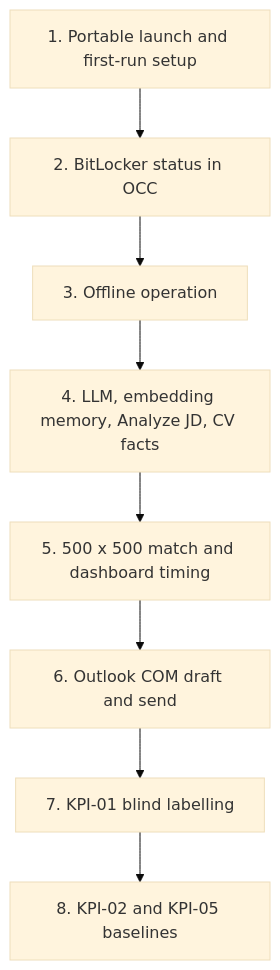
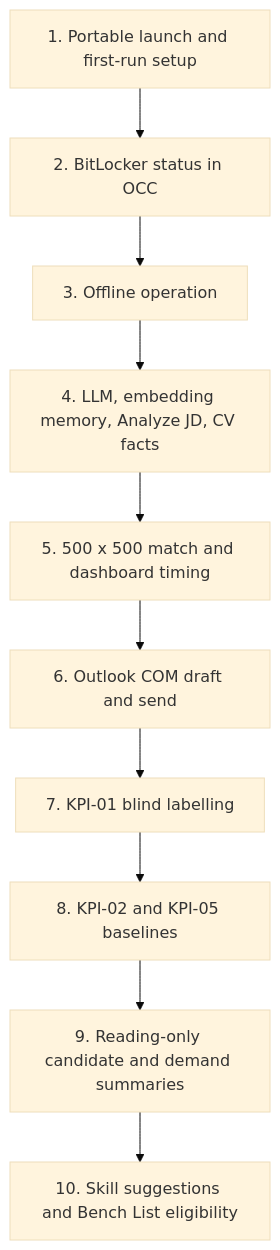
Before and after one commit to Cognition-Partner-Workshops/PerfectFitCandidate: the diagram in PFC/docs/UAT_RUNBOOK.md, drawn with Mermaid (base theme). The commit also changed other lines of this file and 48 other files, not shown here.

Commit message:
PFC: add admin skill suggestions and CV-aware eligibility

````diff
--- a/PFC/docs/UAT_RUNBOOK.md
+++ b/PFC/docs/UAT_RUNBOOK.md
@@ -20,10 +20,12 @@
 ```mermaid
 flowchart TD
     S1[1. Portable launch and first-run setup] --> S2[2. BitLocker status in OCC]
     S2 --> S3[3. Offline operation]
     S3 --> S4[4. LLM, embedding memory, Analyze JD, CV facts]
     S4 --> S5[5. 500 x 500 match and dashboard timing]
     S5 --> S6[6. Outlook COM draft and send]
     S6 --> S7[7. KPI-01 blind labelling]
     S7 --> S8[8. KPI-02 and KPI-05 baselines]
+    S8 --> S9[9. Reading-only candidate and demand summaries]
+    S9 --> S10[10. Skill suggestions and Bench List eligibility]
 ```
````
